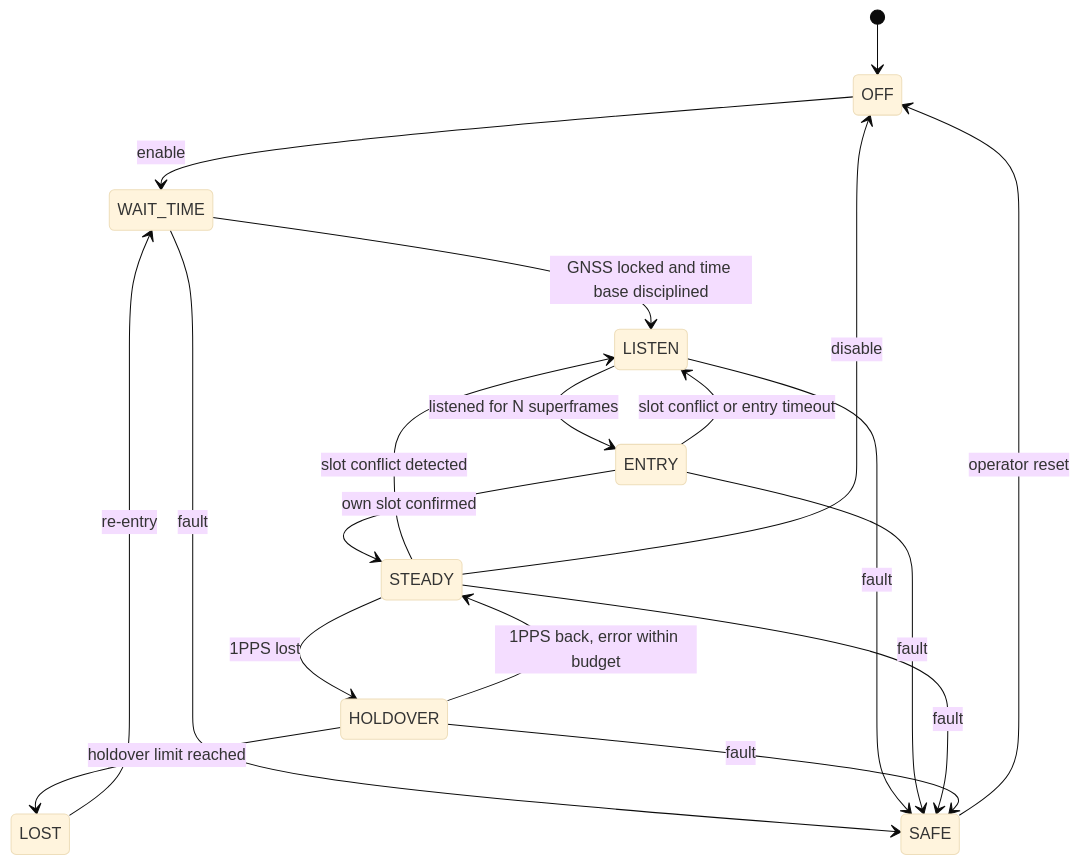
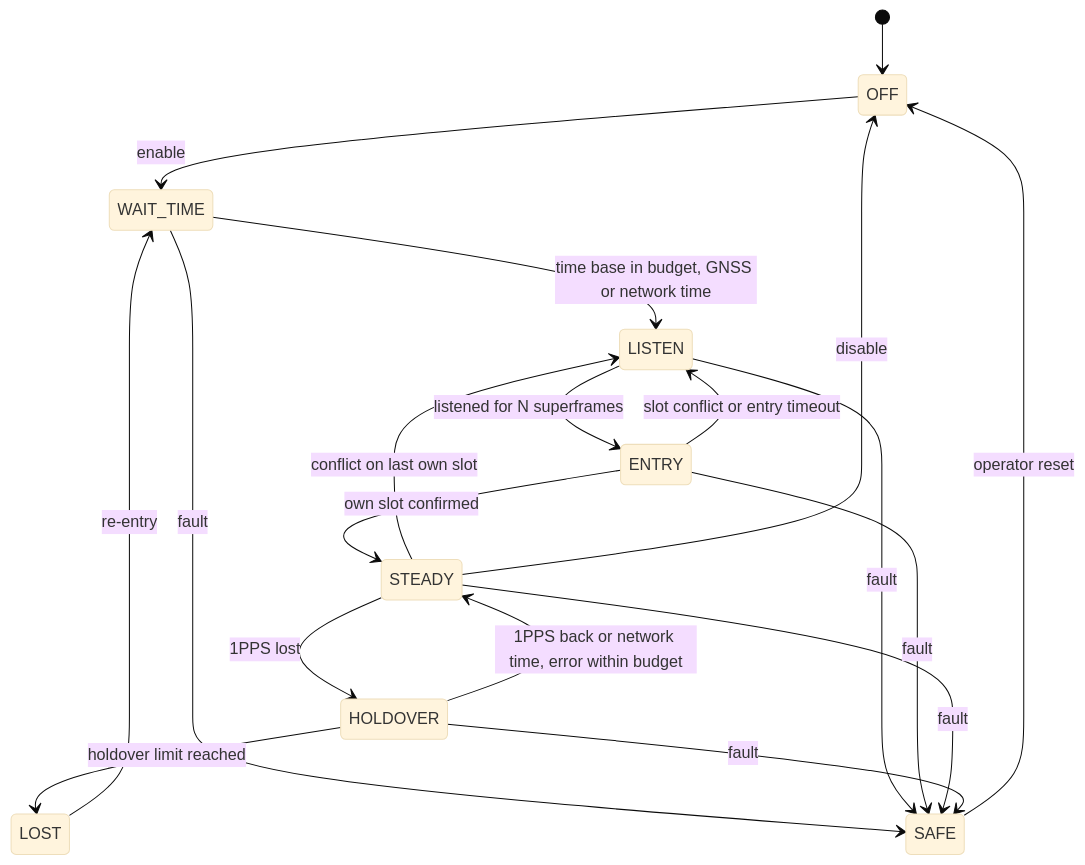
Diagram 11 of 15 in docs/MAC-ARCHITECTURE.md (akhil-osl/hh-sdr-manet), drawn with Mermaid (base theme) before and after one commit. The commit also changed other lines of this file and 1 other file, not shown here.

````diff
--- a/docs/MAC-ARCHITECTURE.md
+++ b/docs/MAC-ARCHITECTURE.md
@@ -509,21 +540,21 @@
 ```mermaid
 stateDiagram-v2
     [*] --> OFF
     OFF --> WAIT_TIME: enable
-    WAIT_TIME --> LISTEN: GNSS locked and time base disciplined
+    WAIT_TIME --> LISTEN: time base in budget, GNSS or network time
     LISTEN --> ENTRY: listened for N superframes
     ENTRY --> STEADY: own slot confirmed
     ENTRY --> LISTEN: slot conflict or entry timeout
-    STEADY --> LISTEN: slot conflict detected
+    STEADY --> LISTEN: conflict on last own slot
     STEADY --> HOLDOVER: 1PPS lost
-    HOLDOVER --> STEADY: 1PPS back, error within budget
+    HOLDOVER --> STEADY: 1PPS back or network time, error within budget
     HOLDOVER --> LOST: holdover limit reached
     LOST --> WAIT_TIME: re-entry
     WAIT_TIME --> SAFE: fault
     LISTEN --> SAFE: fault
     ENTRY --> SAFE: fault
     STEADY --> SAFE: fault
     HOLDOVER --> SAFE: fault
     SAFE --> OFF: operator reset
     STEADY --> OFF: disable
 ```
````
